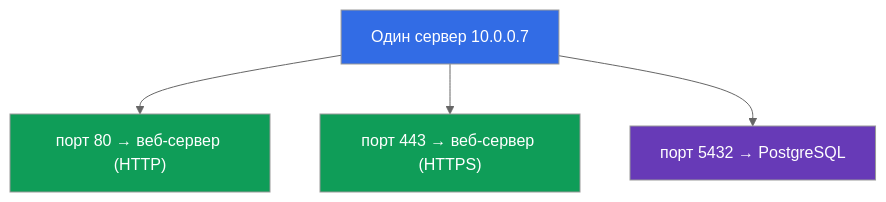
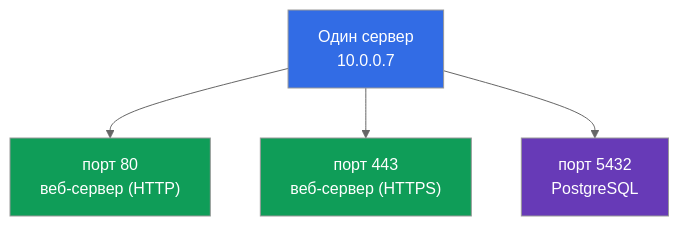
Before and after one commit to ViktorUJ/cks: the third of 6 diagrams in tasks/cka/course/00-1-net/ru.md, drawn with Mermaid (neutral theme). The commit also changed 10 other files, not shown here.

````diff
--- a/tasks/cka/course/00-1-net/ru.md
+++ b/tasks/cka/course/00-1-net/ru.md
@@ -63,10 +63,10 @@
 ```mermaid
 flowchart TB
-    host["Один сервер 10.0.0.7"] --> p80["порт 80 → веб-сервер (HTTP)"]
-    host --> p443["порт 443 → веб-сервер (HTTPS)"]
-    host --> p5432["порт 5432 → PostgreSQL"]
+    host["Один сервер<br>10.0.0.7"] --> p80["порт 80<br>веб-сервер (HTTP)"]
+    host --> p443["порт 443<br>веб-сервер (HTTPS)"]
+    host --> p5432["порт 5432<br>PostgreSQL"]
     style host fill:#326ce5,color:#fff
     style p80 fill:#0f9d58,color:#fff
     style p443 fill:#0f9d58,color:#fff
     style p5432 fill:#673ab7,color:#fff
 ```
````
